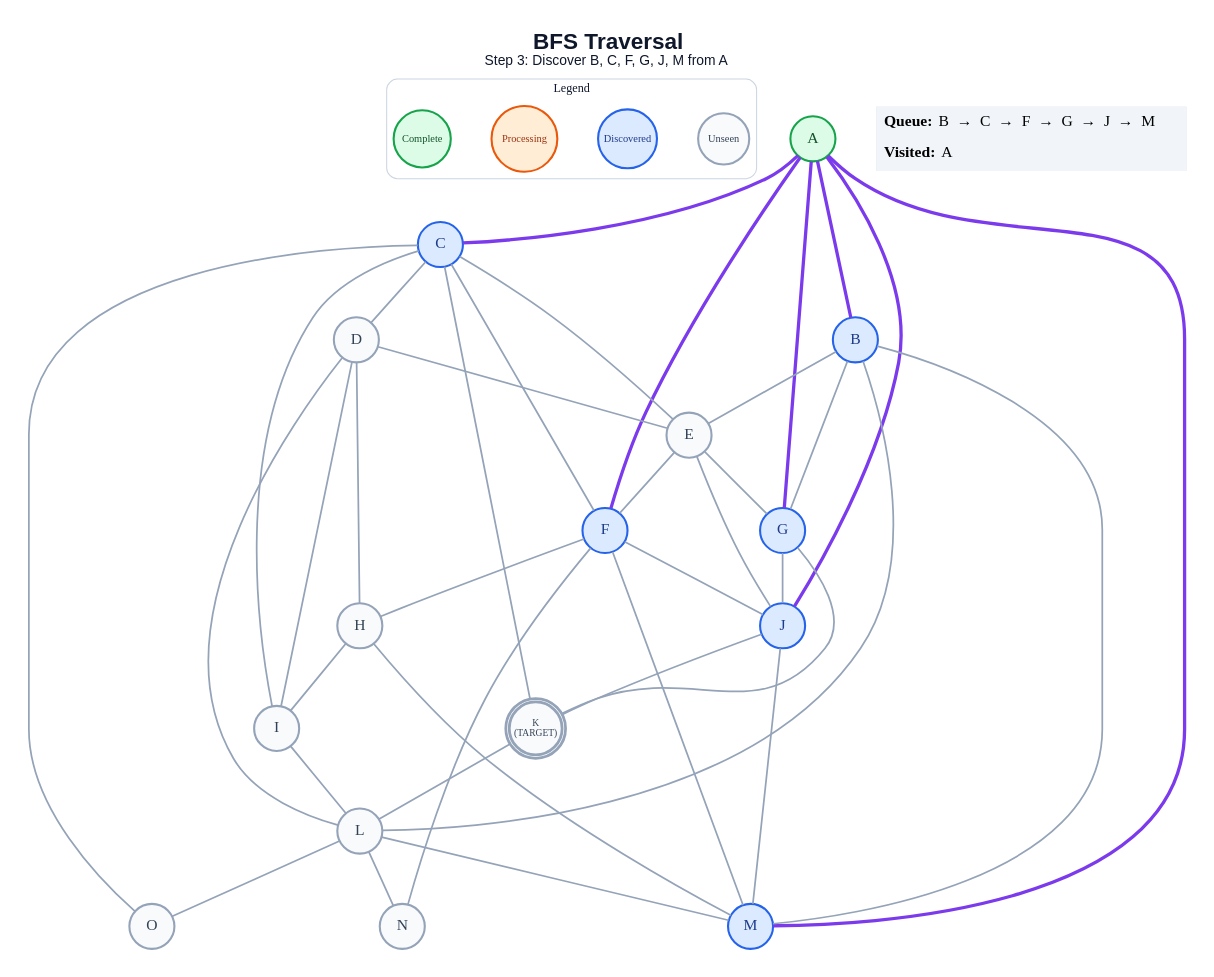
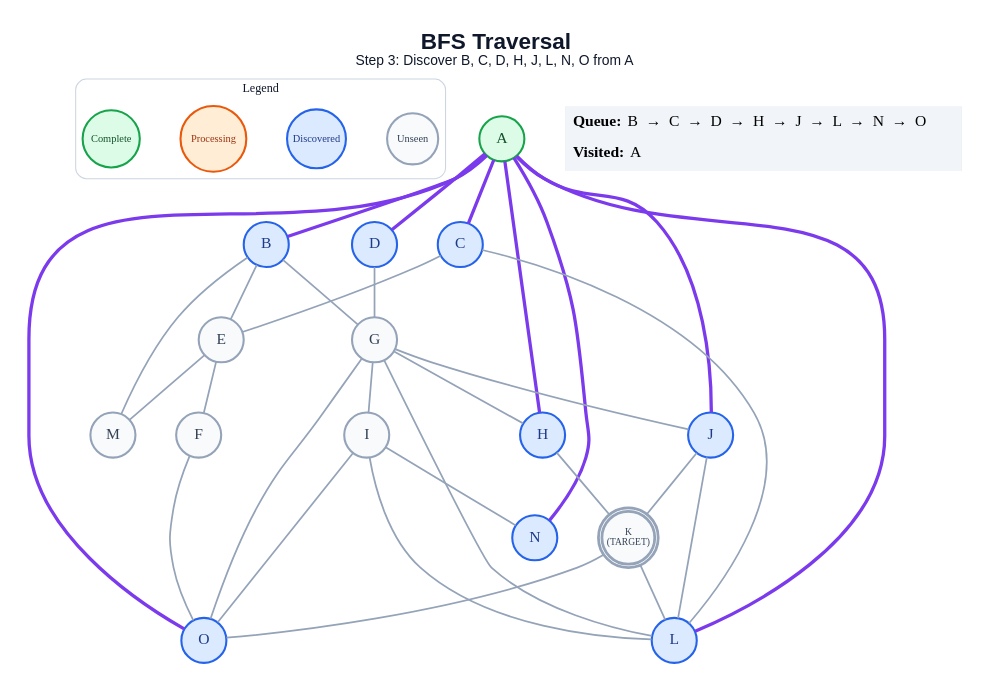
Before and after one commit to anon7238593-create/ai-slop: the diagram in generated/bfs/step_03.dot, drawn with Graphviz. The commit also changed 288 other files, not shown here.

```diff
--- a/generated/bfs/step_03.dot
+++ b/generated/bfs/step_03.dot
@@ -1,72 +1,64 @@
 graph traversal {
   graph [layout=dot, rankdir=TB, bgcolor="#FFFFFF", pad="0.35", nodesep="0.65", ranksep="0.8", fontname="Arial"];
   node [shape=circle, style="filled", fontname="Arial Bold", fontsize=18, width=0.72, fixedsize=true, penwidth=2.4];
   edge [color="#94A3B8", penwidth=2.0];
-  label=<<B>BFS Traversal</B><BR/><FONT POINT-SIZE="16">Step 3: Discover B, C, F, G, J, M from A</FONT>>; labelloc="t"; fontsize=26; fontname="Arial"; fontcolor="#0F172A";
+  label=<<B>BFS Traversal</B><BR/><FONT POINT-SIZE="16">Step 3: Discover B, C, D, H, J, L, N, O from A</FONT>>; labelloc="t"; fontsize=26; fontname="Arial"; fontcolor="#0F172A";
   subgraph cluster_legend { label="Legend"; color="#CBD5E1"; penwidth=1.2; style="rounded"; fontsize=14; fontname="Arial Bold";
     key_unseen [label="Unseen", fillcolor="#F8FAFC", color="#94A3B8", fontcolor="#334155", fontsize=12, width=0.82];
     key_frontier [label="Discovered", fillcolor="#DBEAFE", color="#2563EB", fontcolor="#1E3A8A", fontsize=12, width=0.95];
     key_current [label="Processing", fillcolor="#FFEDD5", color="#EA580C", fontcolor="#9A3412", fontsize=12, width=1.05];
     key_done [label="Complete", fillcolor="#DCFCE7", color="#16A34A", fontcolor="#14532D", fontsize=12, width=0.92];
     { rank=same; key_unseen; key_frontier; key_current; key_done; }
   }
   A [label="A", fillcolor="#DCFCE7", color="#16A34A", fontcolor="#14532D", peripheries=1, penwidth=2.4];
   B [label="B", fillcolor="#DBEAFE", color="#2563EB", fontcolor="#1E3A8A", peripheries=1, penwidth=2.4];
   C [label="C", fillcolor="#DBEAFE", color="#2563EB", fontcolor="#1E3A8A", peripheries=1, penwidth=2.4];
-  D [label="D", fillcolor="#F8FAFC", color="#94A3B8", fontcolor="#334155", peripheries=1, penwidth=2.4];
+  D [label="D", fillcolor="#DBEAFE", color="#2563EB", fontcolor="#1E3A8A", peripheries=1, penwidth=2.4];
   E [label="E", fillcolor="#F8FAFC", color="#94A3B8", fontcolor="#334155", peripheries=1, penwidth=2.4];
-  F [label="F", fillcolor="#DBEAFE", color="#2563EB", fontcolor="#1E3A8A", peripheries=1, penwidth=2.4];
-  G [label="G", fillcolor="#DBEAFE", color="#2563EB", fontcolor="#1E3A8A", peripheries=1, penwidth=2.4];
-  H [label="H", fillcolor="#F8FAFC", color="#94A3B8", fontcolor="#334155", peripheries=1, penwidth=2.4];
+  F [label="F", fillcolor="#F8FAFC", color="#94A3B8", fontcolor="#334155", peripheries=1, penwidth=2.4];
+  G [label="G", fillcolor="#F8FAFC", color="#94A3B8", fontcolor="#334155", peripheries=1, penwidth=2.4];
+  H [label="H", fillcolor="#DBEAFE", color="#2563EB", fontcolor="#1E3A8A", peripheries=1, penwidth=2.4];
   I [label="I", fillcolor="#F8FAFC", color="#94A3B8", fontcolor="#334155", peripheries=1, penwidth=2.4];
   J [label="J", fillcolor="#DBEAFE", color="#2563EB", fontcolor="#1E3A8A", peripheries=1, penwidth=2.4];
   K [label="K\n(TARGET)", fillcolor="#F8FAFC", color="#94A3B8", fontcolor="#334155", peripheries=2, penwidth=3.2, fontsize=11, width=0.85, height=0.85];
-  L [label="L", fillcolor="#F8FAFC", color="#94A3B8", fontcolor="#334155", peripheries=1, penwidth=2.4];
-  M [label="M", fillcolor="#DBEAFE", color="#2563EB", fontcolor="#1E3A8A", peripheries=1, penwidth=2.4];
-  N [label="N", fillcolor="#F8FAFC", color="#94A3B8", fontcolor="#334155", peripheries=1, penwidth=2.4];
-  O [label="O", fillcolor="#F8FAFC", color="#94A3B8", fontcolor="#334155", peripheries=1, penwidth=2.4];
+  L [label="L", fillcolor="#DBEAFE", color="#2563EB", fontcolor="#1E3A8A", peripheries=1, penwidth=2.4];
+  M [label="M", fillcolor="#F8FAFC", color="#94A3B8", fontcolor="#334155", peripheries=1, penwidth=2.4];
+  N [label="N", fillcolor="#DBEAFE", color="#2563EB", fontcolor="#1E3A8A", peripheries=1, penwidth=2.4];
+  O [label="O", fillcolor="#DBEAFE", color="#2563EB", fontcolor="#1E3A8A", peripheries=1, penwidth=2.4];
   A -- B [color="#7C3AED", penwidth=3.8];
   A -- C [color="#7C3AED", penwidth=3.8];
-  A -- F [color="#7C3AED", penwidth=3.8];
-  A -- G [color="#7C3AED", penwidth=3.8];
+  A -- D [color="#7C3AED", penwidth=3.8];
+  A -- H [color="#7C3AED", penwidth=3.8];
   A -- J [color="#7C3AED", penwidth=3.8];
-  A -- M [color="#7C3AED", penwidth=3.8];
+  A -- L [color="#7C3AED", penwidth=3.8];
+  A -- N [color="#7C3AED", penwidth=3.8];
+  A -- O [color="#7C3AED", penwidth=3.8];
   B -- E;
   B -- G;
-  B -- L;
   B -- M;
-  C -- D;
   C -- E;
-  C -- F;
-  C -- I;
-  C -- K;
-  C -- O;
-  D -- E;
-  D -- H;
-  D -- I;
-  D -- L;
+  C -- L;
+  D -- G;
   E -- F;
-  E -- G;
-  E -- J;
-  F -- H;
-  F -- J;
-  F -- M;
-  F -- N;
+  E -- M;
+  F -- O;
+  G -- H;
+  G -- I;
   G -- J;
-  G -- K;
-  H -- I;
-  H -- M;
+  G -- L;
+  G -- O;
+  H -- K;
   I -- L;
+  I -- N;
+  I -- O;
   J -- K;
-  J -- M;
+  J -- L;
   K -- L;
-  L -- M;
-  L -- N;
-  L -- O;
+  K -- O;
   status [shape=plain, fixedsize=false, width=0, height=0, margin=0, label=<
     <TABLE BORDER="0" CELLBORDER="0" CELLPADDING="7" BGCOLOR="#F1F5F9">
-      <TR><TD ALIGN="LEFT"><B>Queue:</B> B  →  C  →  F  →  G  →  J  →  M</TD></TR>
+      <TR><TD ALIGN="LEFT"><B>Queue:</B> B  →  C  →  D  →  H  →  J  →  L  →  N  →  O</TD></TR>
       <TR><TD ALIGN="LEFT"><B>Visited:</B> A</TD></TR>
     </TABLE>
   >];
 }
```
